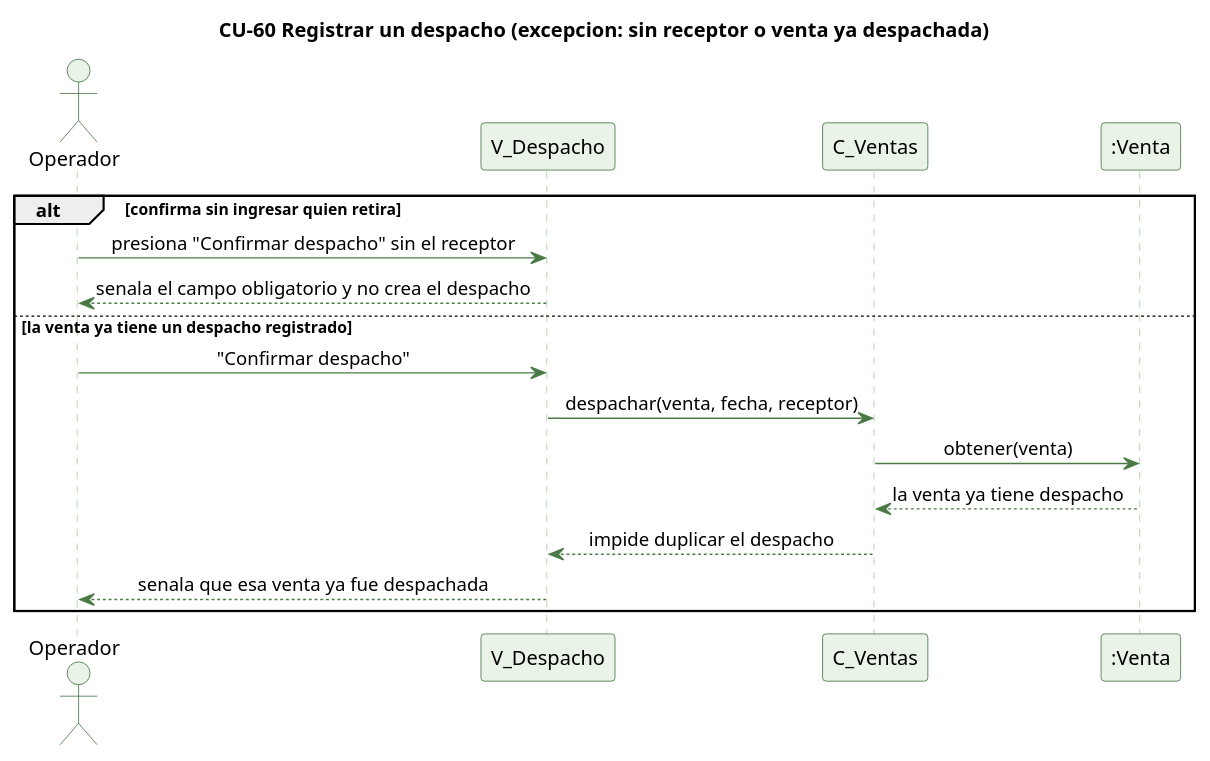
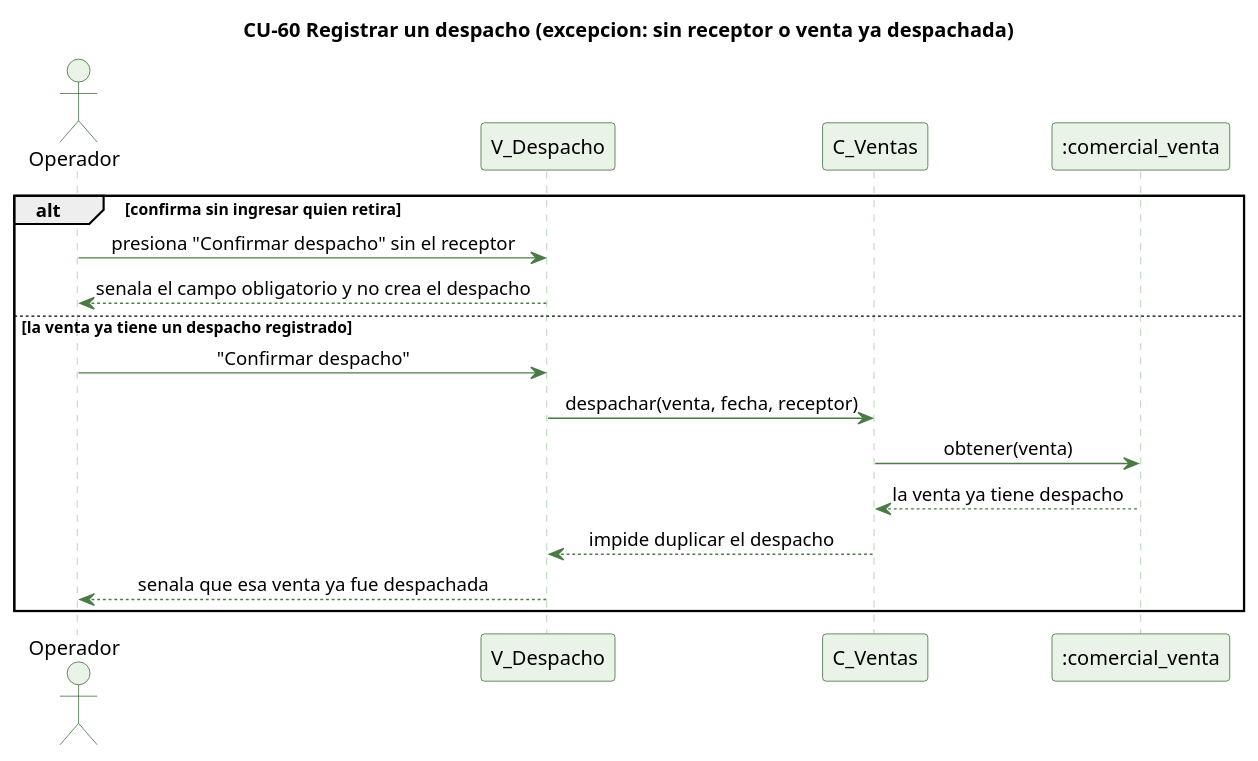
One commit to kenjikaese/Triverde changed the diagram in docs/trabajo-grupal/diagramas/secuencias/cu60-despacho-excepcion.puml. Above: the diagram before and after it, drawn with PlantUML. The commit also changed 83 other files, not shown here.

First line of the commit message:
docs(secuencias): diagramas CU-65 a CU-68 y tablas reales en el Modulo 8

```diff
--- a/docs/trabajo-grupal/diagramas/secuencias/cu60-despacho-excepcion.puml
+++ b/docs/trabajo-grupal/diagramas/secuencias/cu60-despacho-excepcion.puml
@@ -1,33 +1,33 @@
 @startuml cu60-despacho-excepcion
 ' CU-60 Registrando un despacho de producto - flujo de excepcion
 skinparam backgroundColor #FFFFFF
 skinparam shadowing false
 skinparam defaultFontName Helvetica
 skinparam sequenceMessageAlign center
 skinparam ParticipantBackgroundColor #EAF3E7
 skinparam ParticipantBorderColor #2E5E2A
 skinparam ActorBackgroundColor #EAF3E7
 skinparam ActorBorderColor #2E5E2A
 skinparam sequenceLifeLineBorderColor #9CC49A
 skinparam ArrowColor #4B7A46
 
 title CU-60 Registrar un despacho (excepcion: sin receptor o venta ya despachada)
 
 actor Operador
 participant "V_Despacho" as V
 participant "C_Ventas" as C
-participant ":Venta" as VT
+participant ":comercial_venta" as VT
 
 alt confirma sin ingresar quien retira
   Operador -> V : presiona "Confirmar despacho" sin el receptor
   V --> Operador : senala el campo obligatorio y no crea el despacho
 else la venta ya tiene un despacho registrado
   Operador -> V : "Confirmar despacho"
   V -> C : despachar(venta, fecha, receptor)
   C -> VT : obtener(venta)
   VT --> C : la venta ya tiene despacho
   C --> V : impide duplicar el despacho
   V --> Operador : senala que esa venta ya fue despachada
 end
 
 @enduml
```
